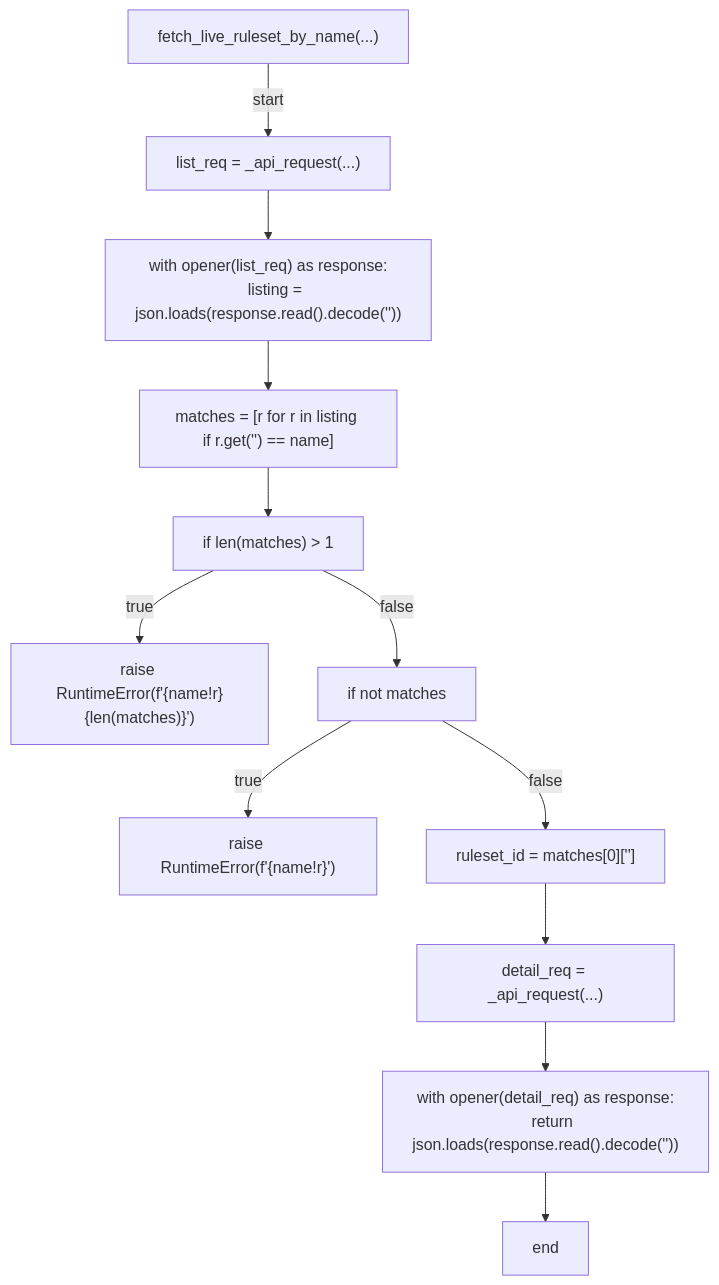
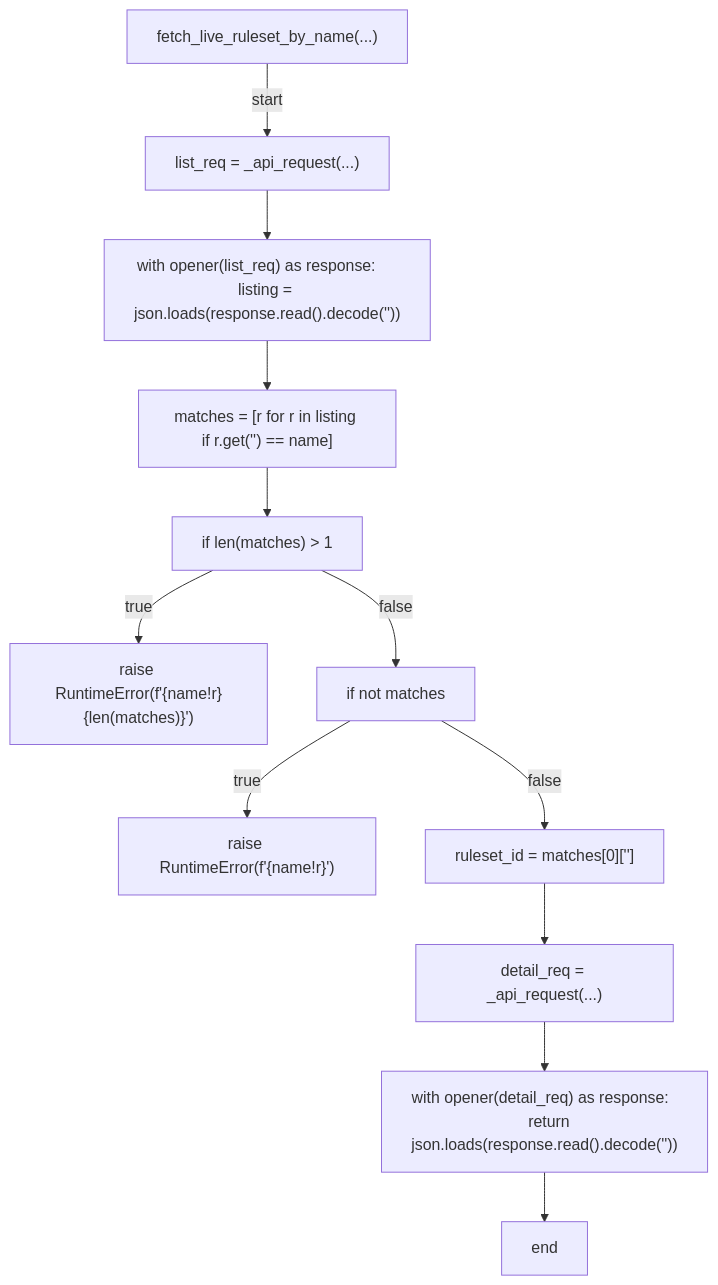
Before and after one commit to tvna/claude-md: the sixth of 9 diagrams in docs/generated/scripts/ast/verify_ruleset_sync.md, drawn with Mermaid. The commit also changed other lines of this file and 15 other files, not shown here.

First line of the commit message:
docs(generated): regenerate decision tree and workflow diagrams (batch 5/5)

````diff
--- a/docs/generated/scripts/ast/verify_ruleset_sync.md
+++ b/docs/generated/scripts/ast/verify_ruleset_sync.md
@@ -83,28 +78,26 @@
 ```mermaid
 flowchart TD
     N001["fetch_live_ruleset_by_name(...)"]
     N002["list_req = _api_request(...)"]
-    N003["with opener(list_req) as response:
-    listing = json.loads(response.read().decode('<str>'))"]
+    N003["with opener(list_req) as response:     listing = json.loads(response.read().decode('<str>'))"]
     N004["matches = [r for r in listing if r.get('<str>') == name]"]
     N005["if len(matches) > 1"]
     N006["raise RuntimeError(f'<str>{name!r}<str>{len(matches)}<str>')"]
     N007["if not matches"]
     N008["raise RuntimeError(f'<str>{name!r}<str>')"]
     N009["ruleset_id = matches[0]['<str>']"]
     N010["detail_req = _api_request(...)"]
-    N011["with opener(detail_req) as response:
-    return json.loads(response.read().decode('<str>'))"]
+    N011["with opener(detail_req) as response:     return json.loads(response.read().decode('<str>'))"]
     N012["end"]
     N001 -->|"start"| N002
     N002 --> N003
     N003 --> N004
     N004 --> N005
     N005 -->|"true"| N006
     N005 -->|"false"| N007
     N007 -->|"true"| N008
     N007 -->|"false"| N009
     N009 --> N010
     N010 --> N011
     N011 --> N012
 ```
````
